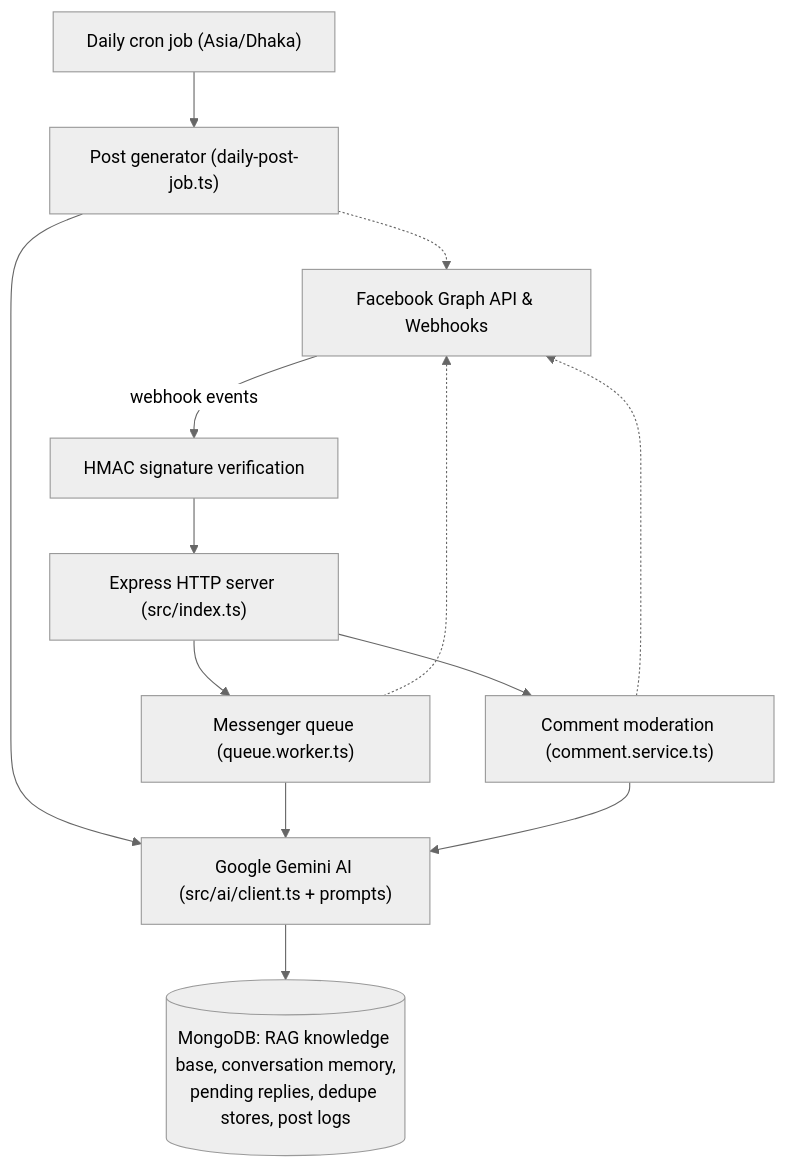
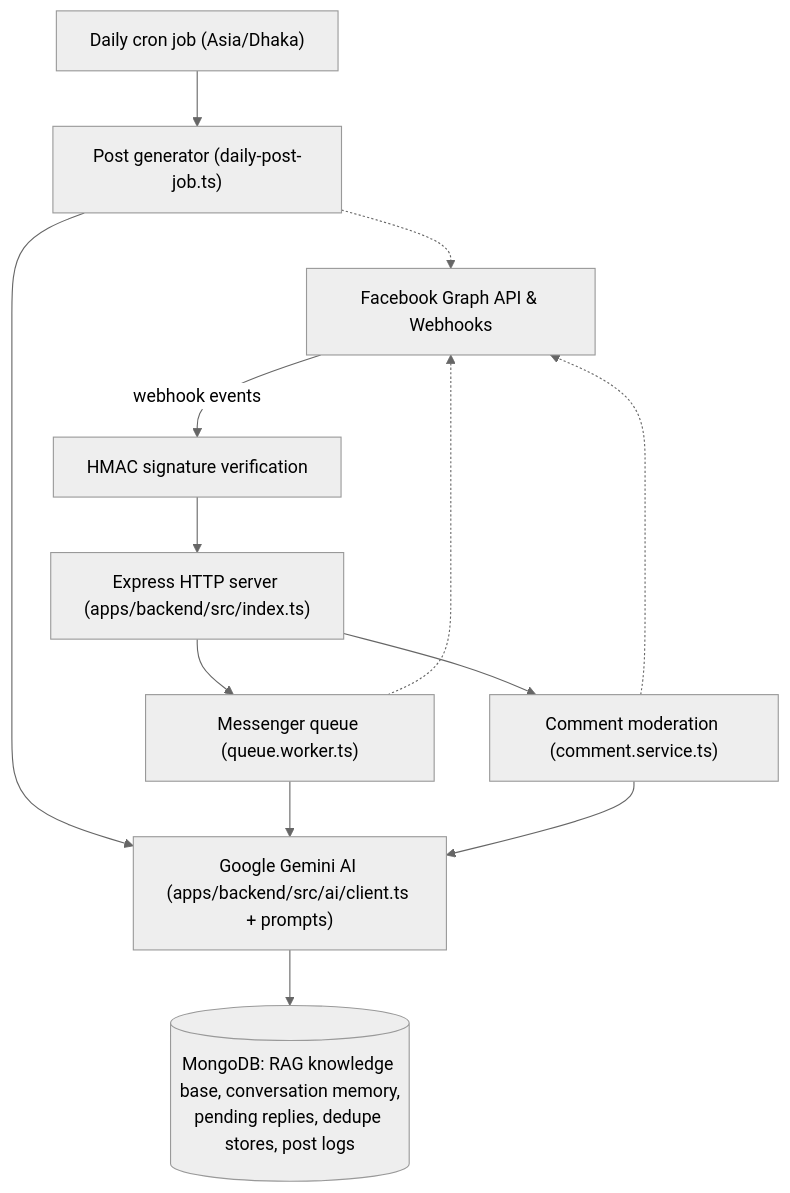
The diagram in README.md (ihrimon/social-ops-ai-automation), drawn with Mermaid (neutral theme) before and after one commit. The commit also changed other lines of this file and 85 other files, not shown here.

````diff
--- a/README.md
+++ b/README.md
@@ -66,25 +73,25 @@
 ```mermaid
 flowchart TD
     FB["Facebook Graph API & Webhooks"]
     HMAC["HMAC signature verification"]
-    SRV["Express HTTP server (src/index.ts)"]
+    SRV["Express HTTP server (apps/backend/src/index.ts)"]
     CRON["Daily cron job (Asia/Dhaka)"]
     POST["Post generator (daily-post-job.ts)"]
     MSG["Messenger queue (queue.worker.ts)"]
     CMT["Comment moderation (comment.service.ts)"]
-    GEMINI["Google Gemini AI (src/ai/client.ts + prompts)"]
+    GEMINI["Google Gemini AI (apps/backend/src/ai/client.ts + prompts)"]
     MONGO[("MongoDB: RAG knowledge base, conversation memory,\npending replies, dedupe stores, post logs")]
 
     FB -- webhook events --> HMAC
     HMAC --> SRV
     CRON --> POST
     SRV --> MSG
     SRV --> CMT
     POST --> GEMINI
     MSG --> GEMINI
     CMT --> GEMINI
     GEMINI --> MONGO
     POST -.-> FB
     MSG -.-> FB
     CMT -.-> FB
 ```
````
